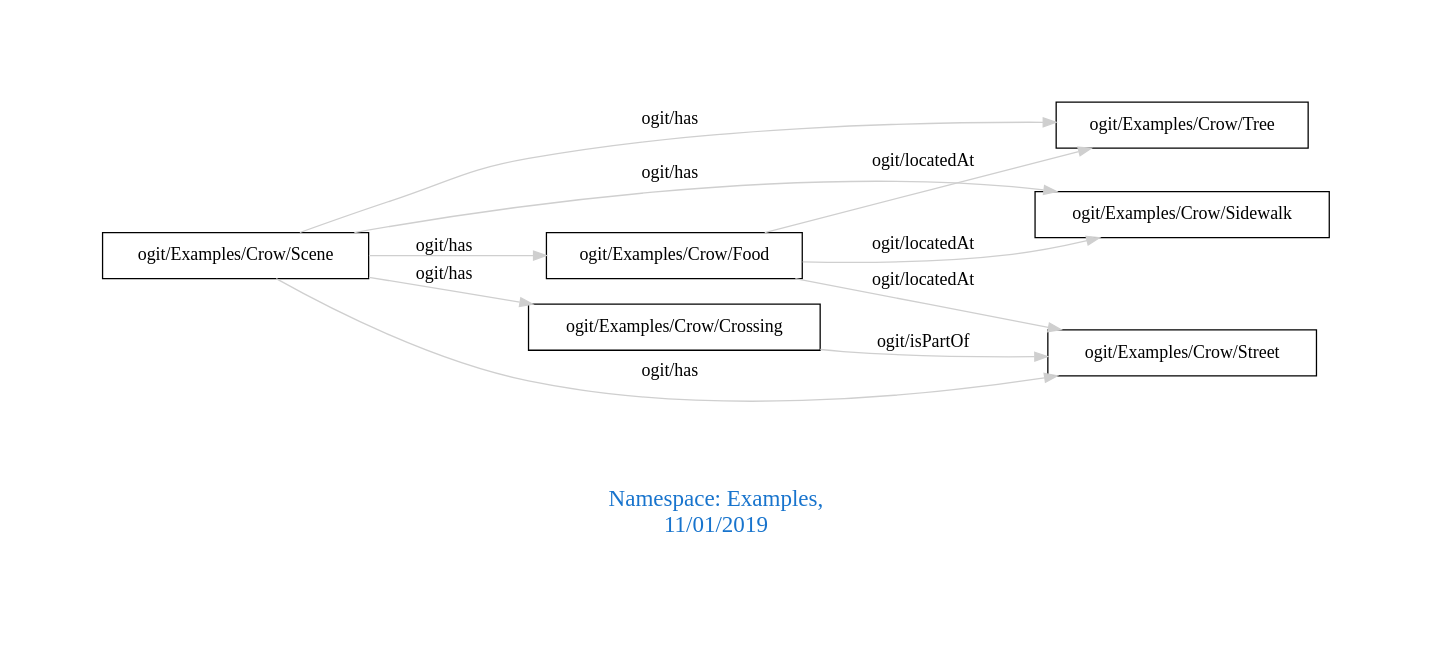
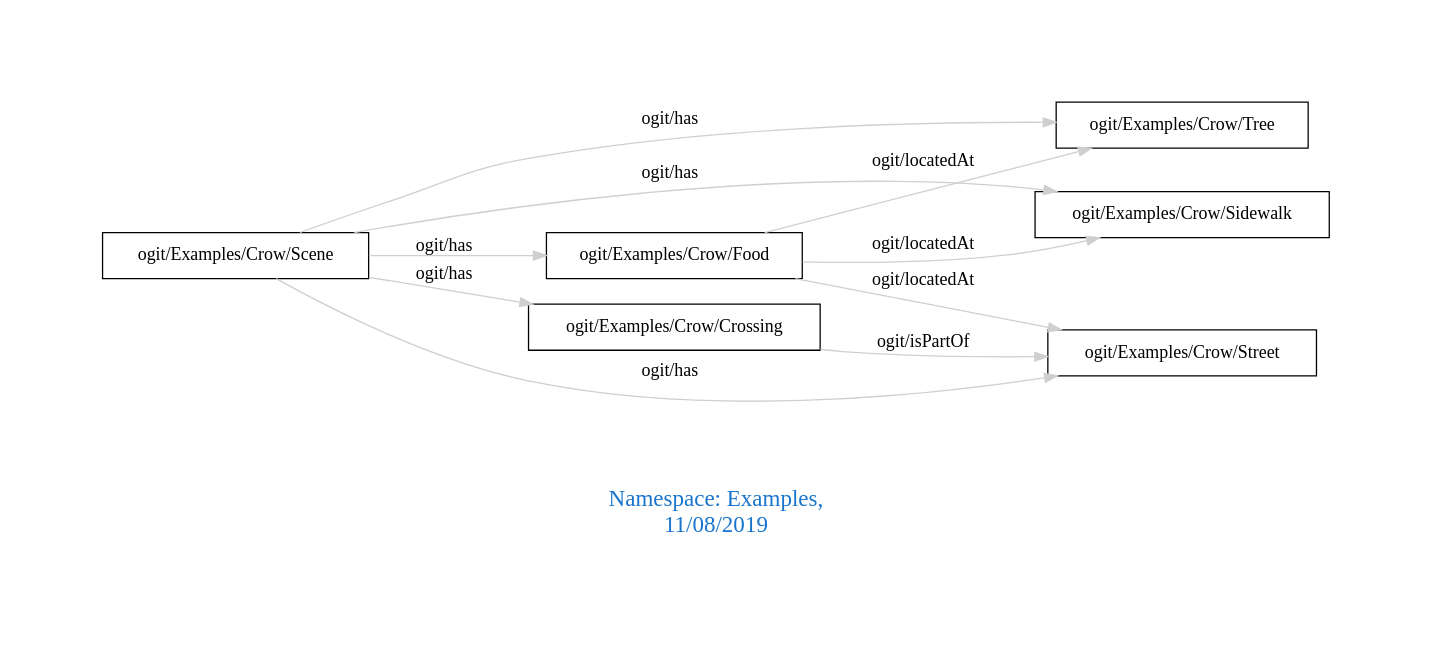
One commit to arago/OGIT changed the diagram in downloads/Examples.dot. Above: the diagram before and after it, drawn with Graphviz. The commit also changed 151 other files, not shown here.

```diff
--- a/downloads/Examples.dot
+++ b/downloads/Examples.dot
@@ -1,17 +1,17 @@
 digraph OGIT_ontology {
  graph [ rankdir= LR,pad=1 
 fontsize = 18,
-fontcolor= dodgerblue3,label = "\n\n\nNamespace: Examples, \n 11/01/2019"];
+fontcolor= dodgerblue3,label = "\n\n\nNamespace: Examples, \n 11/08/2019"];
 node[shape=polygon];
 edge [  color="gray81"];
 
    "ogit/Examples/Crow/Food" -> "ogit/Examples/Crow/Tree" [label="   ogit/locatedAt    "];
    "ogit/Examples/Crow/Food" -> "ogit/Examples/Crow/Street" [label="   ogit/locatedAt    "];
    "ogit/Examples/Crow/Food" -> "ogit/Examples/Crow/Sidewalk" [label="   ogit/locatedAt    "];
    "ogit/Examples/Crow/Scene" -> "ogit/Examples/Crow/Food" [label="   ogit/has    "];
    "ogit/Examples/Crow/Scene" -> "ogit/Examples/Crow/Tree" [label="   ogit/has    "];
    "ogit/Examples/Crow/Scene" -> "ogit/Examples/Crow/Street" [label="   ogit/has    "];
    "ogit/Examples/Crow/Scene" -> "ogit/Examples/Crow/Crossing" [label="   ogit/has    "];
    "ogit/Examples/Crow/Scene" -> "ogit/Examples/Crow/Sidewalk" [label="   ogit/has    "];
    "ogit/Examples/Crow/Crossing" -> "ogit/Examples/Crow/Street" [label="   ogit/isPartOf    "];
 }
```
